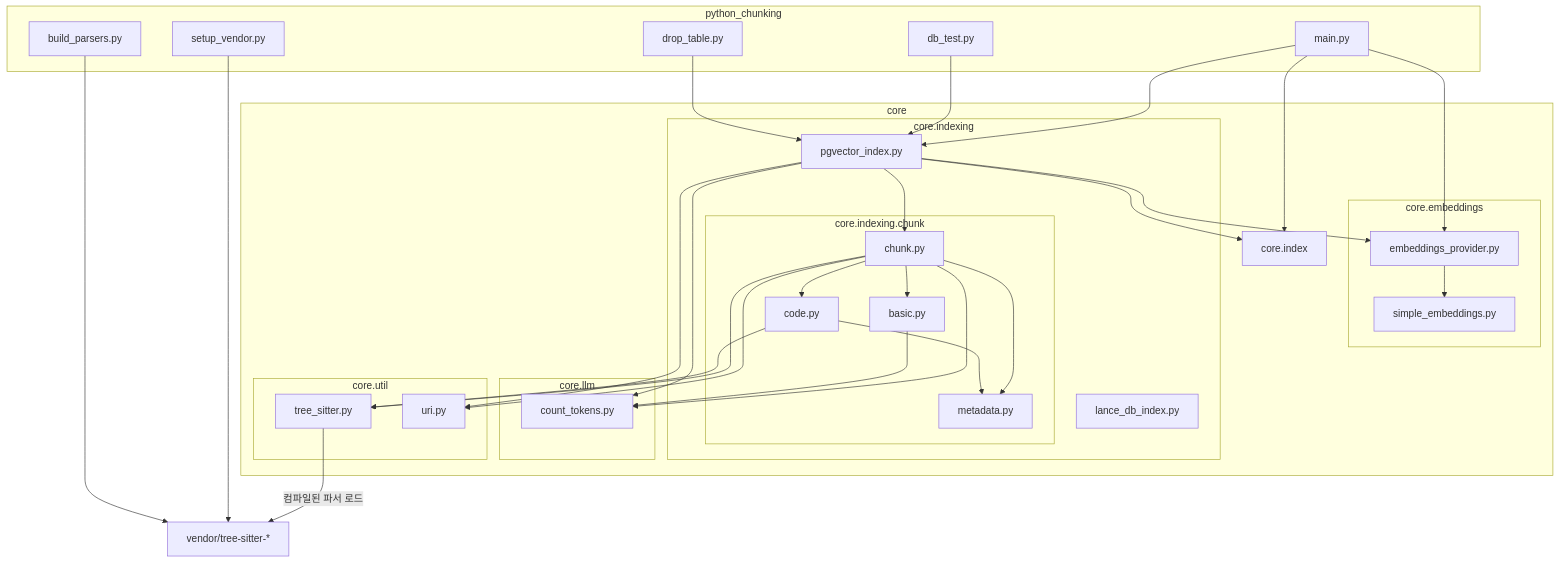
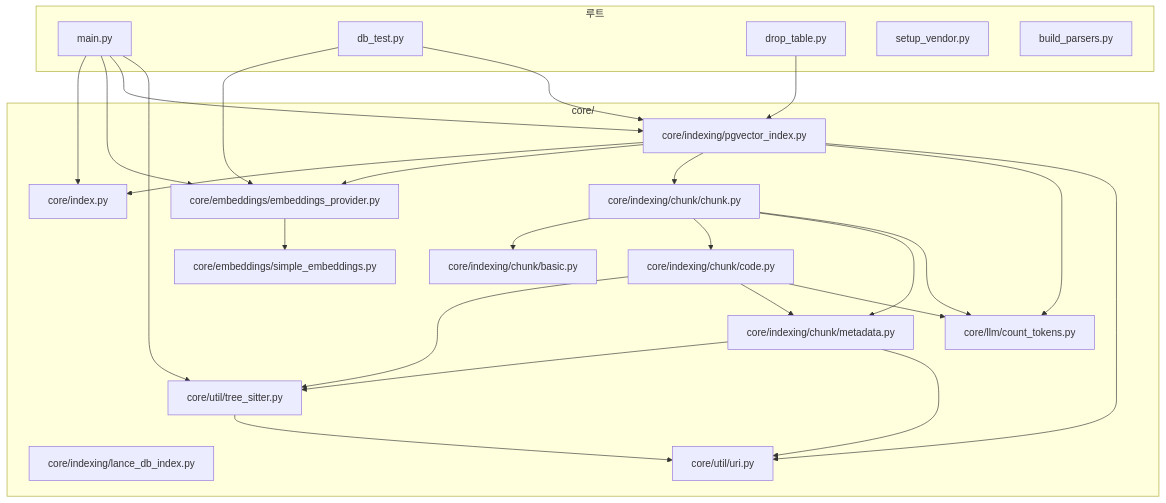
The third of 5 diagrams in python_kb/.adalflow/wikicache/python_chunking/architecture.md (woosikseol/deepwiki-open), drawn with Mermaid before and after one commit. The commit also changed other lines of this file and 30 other files, not shown here.

Commit message:
llm mermaid validation

````diff
--- a/python_kb/.adalflow/wikicache/python_chunking/architecture.md
+++ b/python_kb/.adalflow/wikicache/python_chunking/architecture.md
@@ -124,65 +121,55 @@
 ```mermaid
 graph TD
-    subgraph "python_chunking"
+    subgraph "루트"
         A[main.py]
         B[db_test.py]
         C[drop_table.py]
         D[setup_vendor.py]
         E[build_parsers.py]
     end
 
-    subgraph "core"
-        F[core.index]
-        subgraph "core.embeddings"
-            G[embeddings_provider.py]
-            H[simple_embeddings.py]
-        end
-        subgraph "core.indexing"
-            I[pgvector_index.py]
-            J[lance_db_index.py]
-            subgraph "core.indexing.chunk"
-                K[chunk.py]
-                L[code.py]
-                M[basic.py]
-                N[metadata.py]
-            end
-        end
-        subgraph "core.llm"
-            O[count_tokens.py]
-        end
-        subgraph "core.util"
-            P[tree_sitter.py]
-            Q[uri.py]
-        end
+    subgraph "core/"
+        F[core/index.py]
+        G[core/embeddings/embeddings_provider.py]
+        H[core/embeddings/simple_embeddings.py]
+        I[core/indexing/pgvector_index.py]
+        J[core/indexing/lance_db_index.py]
+        K[core/indexing/chunk/chunk.py]
+        L[core/indexing/chunk/basic.py]
+        M[core/indexing/chunk/code.py]
+        N[core/indexing/chunk/metadata.py]
+        O[core/llm/count_tokens.py]
+        P[core/util/tree_sitter.py]
+        Q[core/util/uri.py]
     end
 
     A --> F
+    A --> G
     A --> I
-    A --> G
+    A --> P
+    B --> G
     B --> I
     C --> I
 
     I --> F
     I --> G
     I --> K
     I --> O
     I --> Q
 
+    G --> H
+
     K --> L
     K --> M
     K --> N
-    K --> P
     K --> O
-    K --> Q
 
-    L --> P
-    L --> N
+    M --> P
+    M --> N
     M --> O
 
-    G --> H
+    N --> P
+    N --> Q
 
-    P -- "컴파일된 파서 로드" --> R[vendor/tree-sitter-*]
-
-    D --> R
-    E --> R
+    P --> Q
 ```
````
